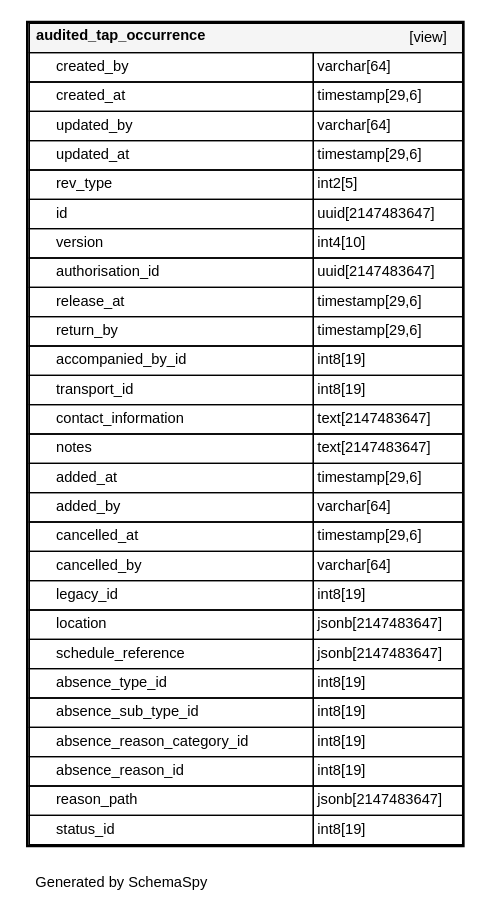
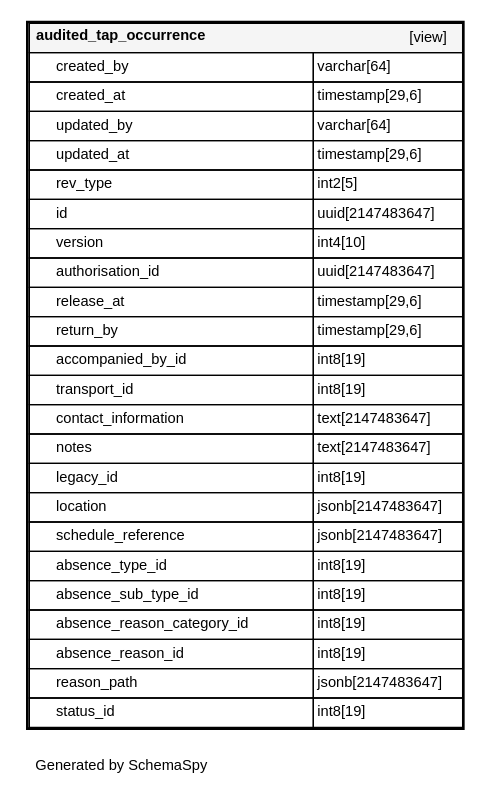
One commit to ministryofjustice/hmpps-external-movements-api changed the diagram in schema-spy-report/diagrams/tables/audited_tap_occurrence.1degree.dot. Above: the diagram before and after it, drawn with Graphviz. The commit also changed 45 other files, not shown here.

```diff
--- a/schema-spy-report/diagrams/tables/audited_tap_occurrence.1degree.dot
+++ b/schema-spy-report/diagrams/tables/audited_tap_occurrence.1degree.dot
@@ -1,39 +1,35 @@
 digraph "oneDegreeRelationshipsDiagram" {
   graph [    rankdir="RL"    bgcolor="#ffffff"    label="\nGenerated by SchemaSpy"    labeljust="l"    nodesep="0.18"    ranksep="0.46"    fontname="Helvetica"    fontsize="11"    ration="compress"  ];  node [    fontname="Helvetica"    fontsize="11"    shape="plaintext"  ];  edge [    arrowsize="0.8"  ];
   "audited_tap_occurrence" [
    label=<
     <TABLE BORDER="2" CELLBORDER="1" CELLSPACING="0" BGCOLOR="#ffffff">
       <TR><TD COLSPAN="4"  BGCOLOR="#f5f5f5"><TABLE BORDER="0" CELLSPACING="0"><TR><TD ALIGN="LEFT" FIXEDSIZE="TRUE" WIDTH="161" HEIGHT="16"><B>audited_tap_occurrence</B></TD><TD ALIGN="RIGHT">[view]</TD></TR></TABLE></TD></TR>
       <TR><TD PORT="created_by" COLSPAN="2" ALIGN="LEFT"><TABLE BORDER="0" CELLSPACING="0" ALIGN="LEFT"><TR ALIGN="LEFT"><TD ALIGN="LEFT" FIXEDSIZE="TRUE" WIDTH="15" HEIGHT="16"></TD><TD ALIGN="LEFT" FIXEDSIZE="TRUE" WIDTH="192" HEIGHT="16">created_by</TD></TR></TABLE></TD><TD PORT="created_by.type" ALIGN="LEFT">varchar[64]</TD></TR>
       <TR><TD PORT="created_at" COLSPAN="2" ALIGN="LEFT"><TABLE BORDER="0" CELLSPACING="0" ALIGN="LEFT"><TR ALIGN="LEFT"><TD ALIGN="LEFT" FIXEDSIZE="TRUE" WIDTH="15" HEIGHT="16"></TD><TD ALIGN="LEFT" FIXEDSIZE="TRUE" WIDTH="192" HEIGHT="16">created_at</TD></TR></TABLE></TD><TD PORT="created_at.type" ALIGN="LEFT">timestamp[29,6]</TD></TR>
       <TR><TD PORT="updated_by" COLSPAN="2" ALIGN="LEFT"><TABLE BORDER="0" CELLSPACING="0" ALIGN="LEFT"><TR ALIGN="LEFT"><TD ALIGN="LEFT" FIXEDSIZE="TRUE" WIDTH="15" HEIGHT="16"></TD><TD ALIGN="LEFT" FIXEDSIZE="TRUE" WIDTH="192" HEIGHT="16">updated_by</TD></TR></TABLE></TD><TD PORT="updated_by.type" ALIGN="LEFT">varchar[64]</TD></TR>
       <TR><TD PORT="updated_at" COLSPAN="2" ALIGN="LEFT"><TABLE BORDER="0" CELLSPACING="0" ALIGN="LEFT"><TR ALIGN="LEFT"><TD ALIGN="LEFT" FIXEDSIZE="TRUE" WIDTH="15" HEIGHT="16"></TD><TD ALIGN="LEFT" FIXEDSIZE="TRUE" WIDTH="192" HEIGHT="16">updated_at</TD></TR></TABLE></TD><TD PORT="updated_at.type" ALIGN="LEFT">timestamp[29,6]</TD></TR>
       <TR><TD PORT="rev_type" COLSPAN="2" ALIGN="LEFT"><TABLE BORDER="0" CELLSPACING="0" ALIGN="LEFT"><TR ALIGN="LEFT"><TD ALIGN="LEFT" FIXEDSIZE="TRUE" WIDTH="15" HEIGHT="16"></TD><TD ALIGN="LEFT" FIXEDSIZE="TRUE" WIDTH="192" HEIGHT="16">rev_type</TD></TR></TABLE></TD><TD PORT="rev_type.type" ALIGN="LEFT">int2[5]</TD></TR>
       <TR><TD PORT="id" COLSPAN="2" ALIGN="LEFT"><TABLE BORDER="0" CELLSPACING="0" ALIGN="LEFT"><TR ALIGN="LEFT"><TD ALIGN="LEFT" FIXEDSIZE="TRUE" WIDTH="15" HEIGHT="16"></TD><TD ALIGN="LEFT" FIXEDSIZE="TRUE" WIDTH="192" HEIGHT="16">id</TD></TR></TABLE></TD><TD PORT="id.type" ALIGN="LEFT">uuid[2147483647]</TD></TR>
       <TR><TD PORT="version" COLSPAN="2" ALIGN="LEFT"><TABLE BORDER="0" CELLSPACING="0" ALIGN="LEFT"><TR ALIGN="LEFT"><TD ALIGN="LEFT" FIXEDSIZE="TRUE" WIDTH="15" HEIGHT="16"></TD><TD ALIGN="LEFT" FIXEDSIZE="TRUE" WIDTH="192" HEIGHT="16">version</TD></TR></TABLE></TD><TD PORT="version.type" ALIGN="LEFT">int4[10]</TD></TR>
       <TR><TD PORT="authorisation_id" COLSPAN="2" ALIGN="LEFT"><TABLE BORDER="0" CELLSPACING="0" ALIGN="LEFT"><TR ALIGN="LEFT"><TD ALIGN="LEFT" FIXEDSIZE="TRUE" WIDTH="15" HEIGHT="16"></TD><TD ALIGN="LEFT" FIXEDSIZE="TRUE" WIDTH="192" HEIGHT="16">authorisation_id</TD></TR></TABLE></TD><TD PORT="authorisation_id.type" ALIGN="LEFT">uuid[2147483647]</TD></TR>
       <TR><TD PORT="release_at" COLSPAN="2" ALIGN="LEFT"><TABLE BORDER="0" CELLSPACING="0" ALIGN="LEFT"><TR ALIGN="LEFT"><TD ALIGN="LEFT" FIXEDSIZE="TRUE" WIDTH="15" HEIGHT="16"></TD><TD ALIGN="LEFT" FIXEDSIZE="TRUE" WIDTH="192" HEIGHT="16">release_at</TD></TR></TABLE></TD><TD PORT="release_at.type" ALIGN="LEFT">timestamp[29,6]</TD></TR>
       <TR><TD PORT="return_by" COLSPAN="2" ALIGN="LEFT"><TABLE BORDER="0" CELLSPACING="0" ALIGN="LEFT"><TR ALIGN="LEFT"><TD ALIGN="LEFT" FIXEDSIZE="TRUE" WIDTH="15" HEIGHT="16"></TD><TD ALIGN="LEFT" FIXEDSIZE="TRUE" WIDTH="192" HEIGHT="16">return_by</TD></TR></TABLE></TD><TD PORT="return_by.type" ALIGN="LEFT">timestamp[29,6]</TD></TR>
       <TR><TD PORT="accompanied_by_id" COLSPAN="2" ALIGN="LEFT"><TABLE BORDER="0" CELLSPACING="0" ALIGN="LEFT"><TR ALIGN="LEFT"><TD ALIGN="LEFT" FIXEDSIZE="TRUE" WIDTH="15" HEIGHT="16"></TD><TD ALIGN="LEFT" FIXEDSIZE="TRUE" WIDTH="192" HEIGHT="16">accompanied_by_id</TD></TR></TABLE></TD><TD PORT="accompanied_by_id.type" ALIGN="LEFT">int8[19]</TD></TR>
       <TR><TD PORT="transport_id" COLSPAN="2" ALIGN="LEFT"><TABLE BORDER="0" CELLSPACING="0" ALIGN="LEFT"><TR ALIGN="LEFT"><TD ALIGN="LEFT" FIXEDSIZE="TRUE" WIDTH="15" HEIGHT="16"></TD><TD ALIGN="LEFT" FIXEDSIZE="TRUE" WIDTH="192" HEIGHT="16">transport_id</TD></TR></TABLE></TD><TD PORT="transport_id.type" ALIGN="LEFT">int8[19]</TD></TR>
       <TR><TD PORT="contact_information" COLSPAN="2" ALIGN="LEFT"><TABLE BORDER="0" CELLSPACING="0" ALIGN="LEFT"><TR ALIGN="LEFT"><TD ALIGN="LEFT" FIXEDSIZE="TRUE" WIDTH="15" HEIGHT="16"></TD><TD ALIGN="LEFT" FIXEDSIZE="TRUE" WIDTH="192" HEIGHT="16">contact_information</TD></TR></TABLE></TD><TD PORT="contact_information.type" ALIGN="LEFT">text[2147483647]</TD></TR>
       <TR><TD PORT="notes" COLSPAN="2" ALIGN="LEFT"><TABLE BORDER="0" CELLSPACING="0" ALIGN="LEFT"><TR ALIGN="LEFT"><TD ALIGN="LEFT" FIXEDSIZE="TRUE" WIDTH="15" HEIGHT="16"></TD><TD ALIGN="LEFT" FIXEDSIZE="TRUE" WIDTH="192" HEIGHT="16">notes</TD></TR></TABLE></TD><TD PORT="notes.type" ALIGN="LEFT">text[2147483647]</TD></TR>
-      <TR><TD PORT="added_at" COLSPAN="2" ALIGN="LEFT"><TABLE BORDER="0" CELLSPACING="0" ALIGN="LEFT"><TR ALIGN="LEFT"><TD ALIGN="LEFT" FIXEDSIZE="TRUE" WIDTH="15" HEIGHT="16"></TD><TD ALIGN="LEFT" FIXEDSIZE="TRUE" WIDTH="192" HEIGHT="16">added_at</TD></TR></TABLE></TD><TD PORT="added_at.type" ALIGN="LEFT">timestamp[29,6]</TD></TR>
-      <TR><TD PORT="added_by" COLSPAN="2" ALIGN="LEFT"><TABLE BORDER="0" CELLSPACING="0" ALIGN="LEFT"><TR ALIGN="LEFT"><TD ALIGN="LEFT" FIXEDSIZE="TRUE" WIDTH="15" HEIGHT="16"></TD><TD ALIGN="LEFT" FIXEDSIZE="TRUE" WIDTH="192" HEIGHT="16">added_by</TD></TR></TABLE></TD><TD PORT="added_by.type" ALIGN="LEFT">varchar[64]</TD></TR>
-      <TR><TD PORT="cancelled_at" COLSPAN="2" ALIGN="LEFT"><TABLE BORDER="0" CELLSPACING="0" ALIGN="LEFT"><TR ALIGN="LEFT"><TD ALIGN="LEFT" FIXEDSIZE="TRUE" WIDTH="15" HEIGHT="16"></TD><TD ALIGN="LEFT" FIXEDSIZE="TRUE" WIDTH="192" HEIGHT="16">cancelled_at</TD></TR></TABLE></TD><TD PORT="cancelled_at.type" ALIGN="LEFT">timestamp[29,6]</TD></TR>
-      <TR><TD PORT="cancelled_by" COLSPAN="2" ALIGN="LEFT"><TABLE BORDER="0" CELLSPACING="0" ALIGN="LEFT"><TR ALIGN="LEFT"><TD ALIGN="LEFT" FIXEDSIZE="TRUE" WIDTH="15" HEIGHT="16"></TD><TD ALIGN="LEFT" FIXEDSIZE="TRUE" WIDTH="192" HEIGHT="16">cancelled_by</TD></TR></TABLE></TD><TD PORT="cancelled_by.type" ALIGN="LEFT">varchar[64]</TD></TR>
       <TR><TD PORT="legacy_id" COLSPAN="2" ALIGN="LEFT"><TABLE BORDER="0" CELLSPACING="0" ALIGN="LEFT"><TR ALIGN="LEFT"><TD ALIGN="LEFT" FIXEDSIZE="TRUE" WIDTH="15" HEIGHT="16"></TD><TD ALIGN="LEFT" FIXEDSIZE="TRUE" WIDTH="192" HEIGHT="16">legacy_id</TD></TR></TABLE></TD><TD PORT="legacy_id.type" ALIGN="LEFT">int8[19]</TD></TR>
       <TR><TD PORT="location" COLSPAN="2" ALIGN="LEFT"><TABLE BORDER="0" CELLSPACING="0" ALIGN="LEFT"><TR ALIGN="LEFT"><TD ALIGN="LEFT" FIXEDSIZE="TRUE" WIDTH="15" HEIGHT="16"></TD><TD ALIGN="LEFT" FIXEDSIZE="TRUE" WIDTH="192" HEIGHT="16">location</TD></TR></TABLE></TD><TD PORT="location.type" ALIGN="LEFT">jsonb[2147483647]</TD></TR>
       <TR><TD PORT="schedule_reference" COLSPAN="2" ALIGN="LEFT"><TABLE BORDER="0" CELLSPACING="0" ALIGN="LEFT"><TR ALIGN="LEFT"><TD ALIGN="LEFT" FIXEDSIZE="TRUE" WIDTH="15" HEIGHT="16"></TD><TD ALIGN="LEFT" FIXEDSIZE="TRUE" WIDTH="192" HEIGHT="16">schedule_reference</TD></TR></TABLE></TD><TD PORT="schedule_reference.type" ALIGN="LEFT">jsonb[2147483647]</TD></TR>
       <TR><TD PORT="absence_type_id" COLSPAN="2" ALIGN="LEFT"><TABLE BORDER="0" CELLSPACING="0" ALIGN="LEFT"><TR ALIGN="LEFT"><TD ALIGN="LEFT" FIXEDSIZE="TRUE" WIDTH="15" HEIGHT="16"></TD><TD ALIGN="LEFT" FIXEDSIZE="TRUE" WIDTH="192" HEIGHT="16">absence_type_id</TD></TR></TABLE></TD><TD PORT="absence_type_id.type" ALIGN="LEFT">int8[19]</TD></TR>
       <TR><TD PORT="absence_sub_type_id" COLSPAN="2" ALIGN="LEFT"><TABLE BORDER="0" CELLSPACING="0" ALIGN="LEFT"><TR ALIGN="LEFT"><TD ALIGN="LEFT" FIXEDSIZE="TRUE" WIDTH="15" HEIGHT="16"></TD><TD ALIGN="LEFT" FIXEDSIZE="TRUE" WIDTH="192" HEIGHT="16">absence_sub_type_id</TD></TR></TABLE></TD><TD PORT="absence_sub_type_id.type" ALIGN="LEFT">int8[19]</TD></TR>
       <TR><TD PORT="absence_reason_category_id" COLSPAN="2" ALIGN="LEFT"><TABLE BORDER="0" CELLSPACING="0" ALIGN="LEFT"><TR ALIGN="LEFT"><TD ALIGN="LEFT" FIXEDSIZE="TRUE" WIDTH="15" HEIGHT="16"></TD><TD ALIGN="LEFT" FIXEDSIZE="TRUE" WIDTH="192" HEIGHT="16">absence_reason_category_id</TD></TR></TABLE></TD><TD PORT="absence_reason_category_id.type" ALIGN="LEFT">int8[19]</TD></TR>
       <TR><TD PORT="absence_reason_id" COLSPAN="2" ALIGN="LEFT"><TABLE BORDER="0" CELLSPACING="0" ALIGN="LEFT"><TR ALIGN="LEFT"><TD ALIGN="LEFT" FIXEDSIZE="TRUE" WIDTH="15" HEIGHT="16"></TD><TD ALIGN="LEFT" FIXEDSIZE="TRUE" WIDTH="192" HEIGHT="16">absence_reason_id</TD></TR></TABLE></TD><TD PORT="absence_reason_id.type" ALIGN="LEFT">int8[19]</TD></TR>
       <TR><TD PORT="reason_path" COLSPAN="2" ALIGN="LEFT"><TABLE BORDER="0" CELLSPACING="0" ALIGN="LEFT"><TR ALIGN="LEFT"><TD ALIGN="LEFT" FIXEDSIZE="TRUE" WIDTH="15" HEIGHT="16"></TD><TD ALIGN="LEFT" FIXEDSIZE="TRUE" WIDTH="192" HEIGHT="16">reason_path</TD></TR></TABLE></TD><TD PORT="reason_path.type" ALIGN="LEFT">jsonb[2147483647]</TD></TR>
       <TR><TD PORT="status_id" COLSPAN="2" ALIGN="LEFT"><TABLE BORDER="0" CELLSPACING="0" ALIGN="LEFT"><TR ALIGN="LEFT"><TD ALIGN="LEFT" FIXEDSIZE="TRUE" WIDTH="15" HEIGHT="16"></TD><TD ALIGN="LEFT" FIXEDSIZE="TRUE" WIDTH="192" HEIGHT="16">status_id</TD></TR></TABLE></TD><TD PORT="status_id.type" ALIGN="LEFT">int8[19]</TD></TR>
     </TABLE>>
     URL="../../tables/audited_tap_occurrence.html"
     target="_top"
     tooltip="audited_tap_occurrence"
   ];
 }
```
